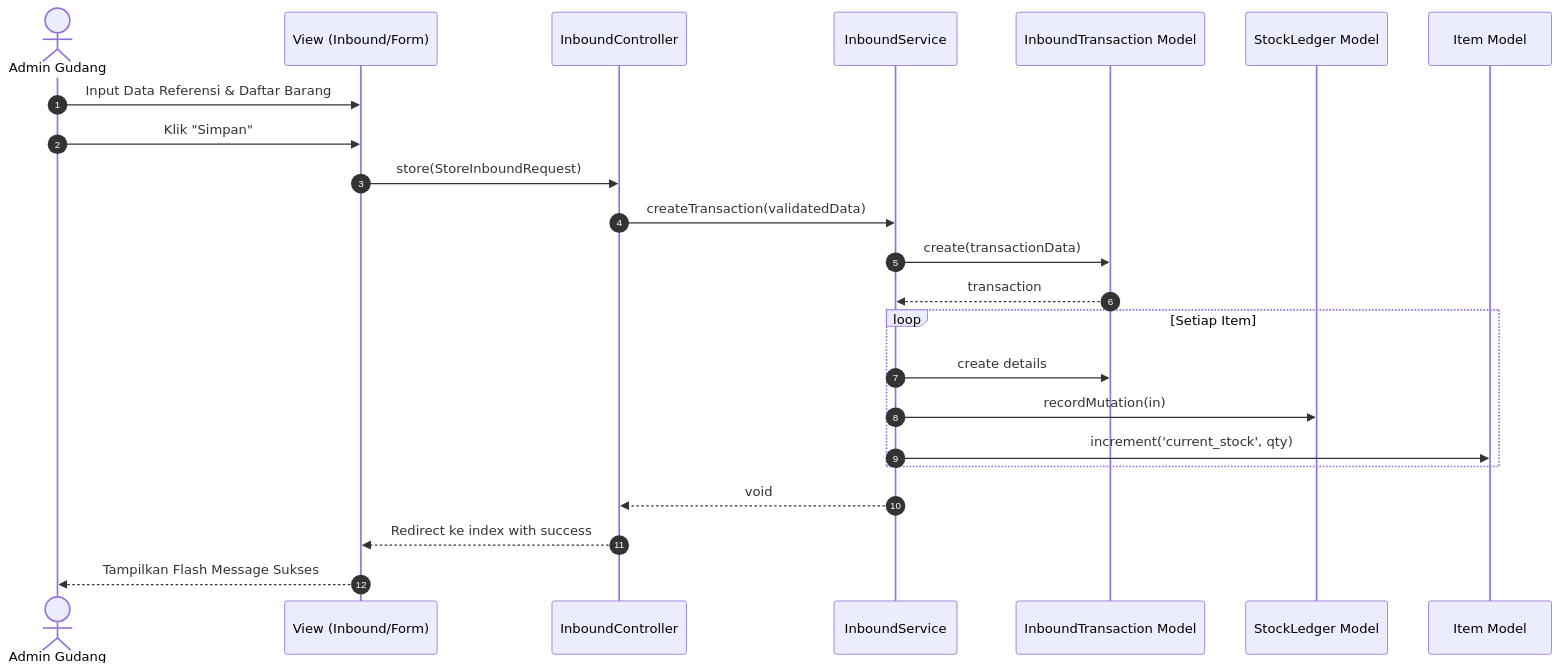
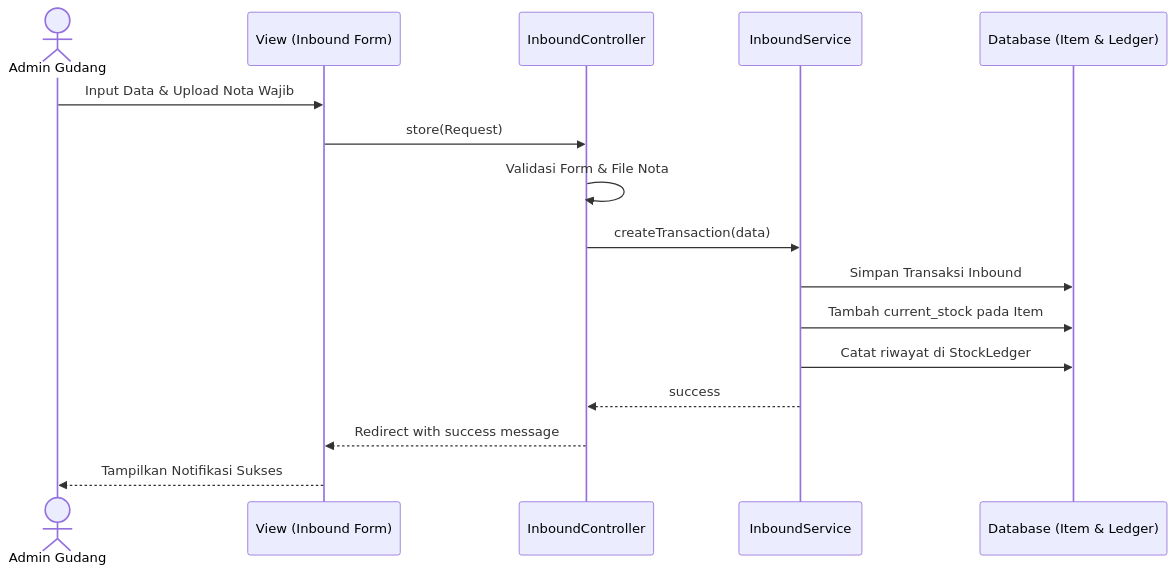
The third of 14 diagrams in laporan_sequence_diagram.md (wahyu2021/SIMPATIK), drawn with Mermaid before and after one commit. The commit also changed other lines of this file and 34 other files, not shown here.

Commit message:
Menyempurnakan logika seeder (User, Master Barang, dan Transaksi) agar lebih realistis

````diff
--- a/laporan_sequence_diagram.md
+++ b/laporan_sequence_diagram.md
@@ -59,30 +73,22 @@
 ```mermaid
 sequenceDiagram
-    autonumber
-    actor A as Admin Gudang
-    participant V as View (Inbound/Form)
+    actor AG as Admin Gudang
+    participant V as View (Inbound Form)
     participant C as InboundController
     participant S as InboundService
-    participant MI as InboundTransaction Model
-    participant ML as StockLedger Model
-    participant MItem as Item Model
+    participant DB as Database (Item & Ledger)
 
-    A->>V: Input Data Referensi & Daftar Barang
-    A->>V: Klik "Simpan"
-    V->>C: store(StoreInboundRequest)
+    AG->>V: Input Data & Upload Nota Wajib
+    V->>C: store(Request)
     
-    C->>S: createTransaction(validatedData)
+    C->>C: Validasi Form & File Nota
+    C->>S: createTransaction(data)
     
-    S->>MI: create(transactionData)
-    MI-->>S: transaction
+    S->>DB: Simpan Transaksi Inbound
+    S->>DB: Tambah current_stock pada Item
+    S->>DB: Catat riwayat di StockLedger
     
-    loop Setiap Item
-        S->>MI: create details
-        S->>ML: recordMutation(in)
-        S->>MItem: increment('current_stock', qty)
-    end
-    
-    S-->>C: void
-    C-->>V: Redirect ke index with success
-    V-->>A: Tampilkan Flash Message Sukses
+    S-->>C: success
+    C-->>V: Redirect with success message
+    V-->>AG: Tampilkan Notifikasi Sukses
 ```
````
